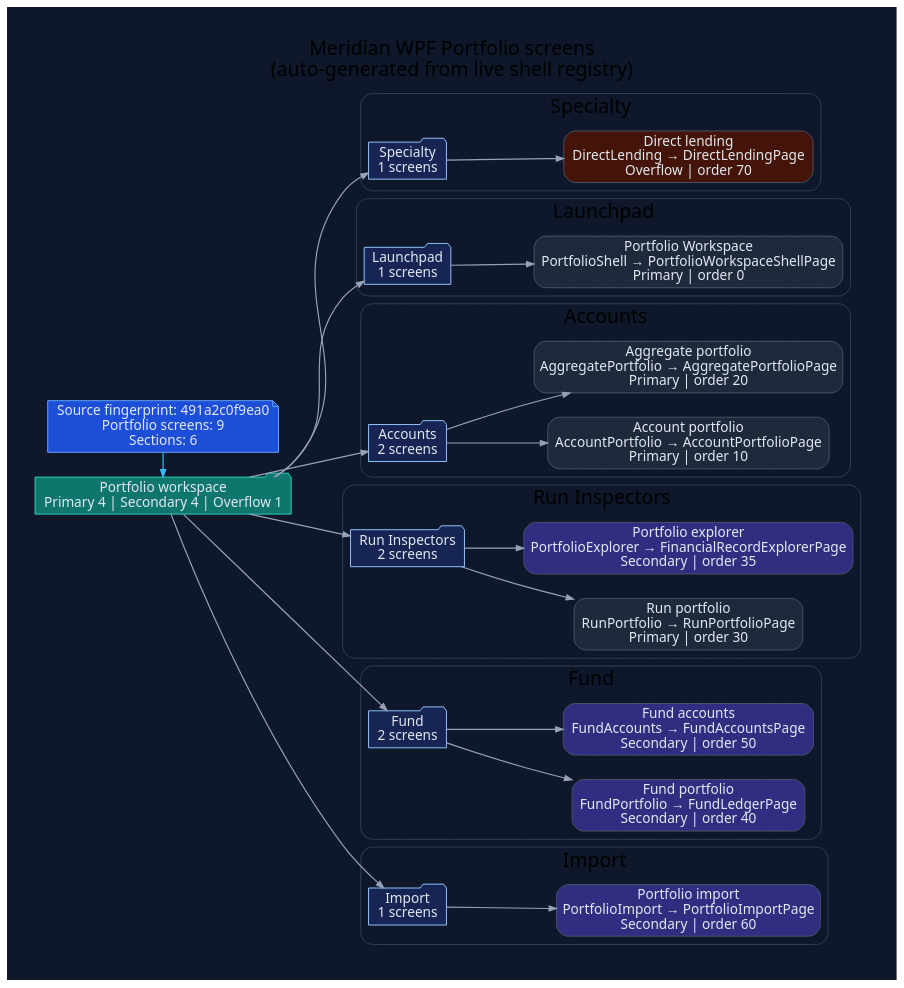
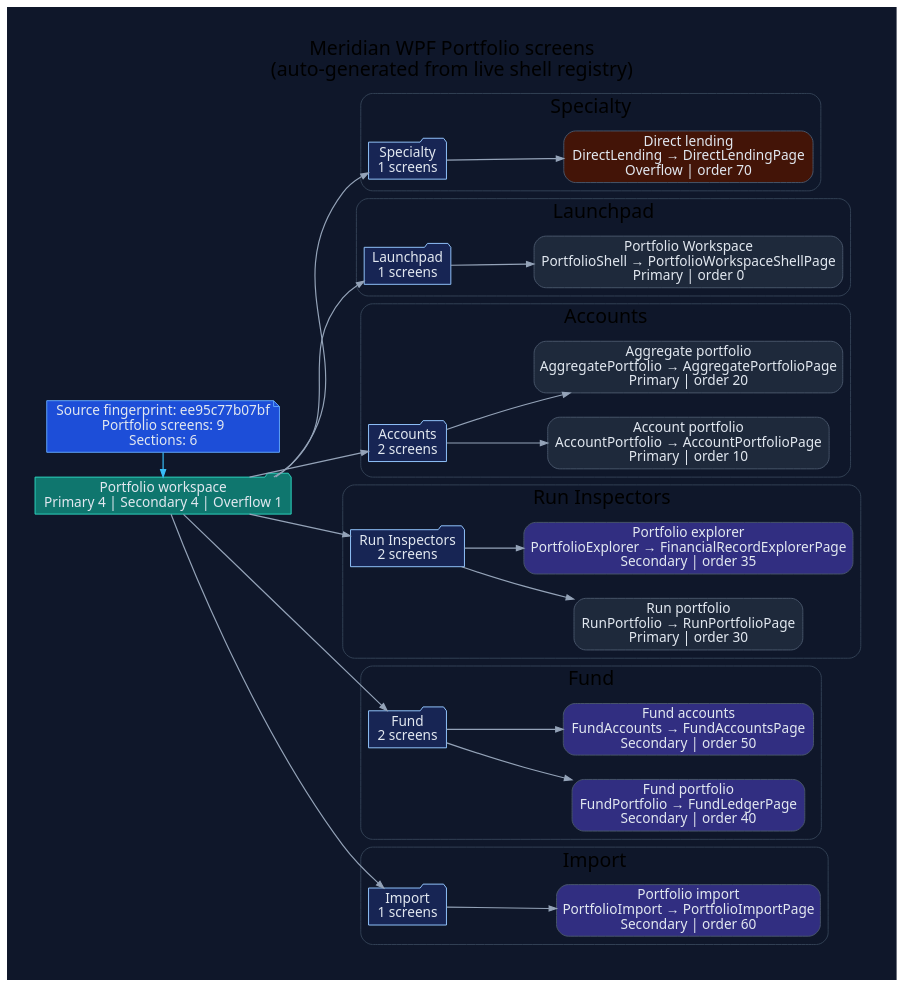
The diagram in docs/diagrams/ui-wpf-screens-portfolio.dot (rodoHasArrived/Meridian-main), drawn with Graphviz before and after one commit. The commit also changed 21 other files, not shown here.

Commit message:
Refresh WPF diagrams for OAuth startup changes

```diff
--- a/docs/diagrams/ui-wpf-screens-portfolio.dot
+++ b/docs/diagrams/ui-wpf-screens-portfolio.dot
@@ -1,92 +1,92 @@
 // -----------------------------------------------------------------------------
 // <auto-generated>
 // Generated by scripts/generate-diagrams.mjs.
 // Do not edit this file directly; update the WPF source files instead.
 // -----------------------------------------------------------------------------
 digraph WpfPortfolioScreens {
   graph [
     rankdir=LR,
     labelloc=t,
     label="Meridian WPF Portfolio screens\n(auto-generated from live shell registry)",
     fontname="Segoe UI",
     fontsize=20,
     pad=0.4,
     nodesep=0.35,
     ranksep=0.85,
     bgcolor="#0f172a"
   ];
   node [fontname="Segoe UI", shape=box, style="rounded,filled", color="#475569", fontcolor="#e2e8f0", fillcolor="#1e293b"];
   edge [fontname="Segoe UI", color="#94a3b8", penwidth=1.2, arrowsize=0.75];
 
-  generated [shape=note, fillcolor="#1d4ed8", color="#60a5fa", label="Source fingerprint: 491a2c0f9ea0\nPortfolio screens: 9\nSections: 6"];
+  generated [shape=note, fillcolor="#1d4ed8", color="#60a5fa", label="Source fingerprint: ee95c77b07bf\nPortfolio screens: 9\nSections: 6"];
   workspace [shape=folder, fillcolor="#0f766e", color="#2dd4bf", label="Portfolio workspace\nPrimary 4 | Secondary 4 | Overflow 1"];
   generated -> workspace [color="#38bdf8"];
 
   subgraph cluster_section_1 {
     label="Specialty";
     color="#334155";
     style="rounded";
     section_1 [shape=folder, fillcolor="#172554", color="#93c5fd", label="Specialty\n1 screens"];
     workspace -> section_1;
     screen_DirectLending [fillcolor="#431407", label="Direct lending\nDirectLending → DirectLendingPage\nOverflow | order 70"];
     section_1 -> screen_DirectLending;
   }
 
   subgraph cluster_section_2 {
     label="Launchpad";
     color="#334155";
     style="rounded";
     section_2 [shape=folder, fillcolor="#172554", color="#93c5fd", label="Launchpad\n1 screens"];
     workspace -> section_2;
     screen_PortfolioShell [fillcolor="#1e293b", label="Portfolio Workspace\nPortfolioShell → PortfolioWorkspaceShellPage\nPrimary | order 0"];
     section_2 -> screen_PortfolioShell;
   }
 
   subgraph cluster_section_3 {
     label="Accounts";
     color="#334155";
     style="rounded";
     section_3 [shape=folder, fillcolor="#172554", color="#93c5fd", label="Accounts\n2 screens"];
     workspace -> section_3;
     screen_AccountPortfolio [fillcolor="#1e293b", label="Account portfolio\nAccountPortfolio → AccountPortfolioPage\nPrimary | order 10"];
     section_3 -> screen_AccountPortfolio;
     screen_AggregatePortfolio [fillcolor="#1e293b", label="Aggregate portfolio\nAggregatePortfolio → AggregatePortfolioPage\nPrimary | order 20"];
     section_3 -> screen_AggregatePortfolio;
   }
 
   subgraph cluster_section_4 {
     label="Run Inspectors";
     color="#334155";
     style="rounded";
     section_4 [shape=folder, fillcolor="#172554", color="#93c5fd", label="Run Inspectors\n2 screens"];
     workspace -> section_4;
     screen_RunPortfolio [fillcolor="#1e293b", label="Run portfolio\nRunPortfolio → RunPortfolioPage\nPrimary | order 30"];
     section_4 -> screen_RunPortfolio;
     screen_PortfolioExplorer [fillcolor="#312e81", label="Portfolio explorer\nPortfolioExplorer → FinancialRecordExplorerPage\nSecondary | order 35"];
     section_4 -> screen_PortfolioExplorer;
   }
 
   subgraph cluster_section_5 {
     label="Fund";
     color="#334155";
     style="rounded";
     section_5 [shape=folder, fillcolor="#172554", color="#93c5fd", label="Fund\n2 screens"];
     workspace -> section_5;
     screen_FundPortfolio [fillcolor="#312e81", label="Fund portfolio\nFundPortfolio → FundLedgerPage\nSecondary | order 40"];
     section_5 -> screen_FundPortfolio;
     screen_FundAccounts [fillcolor="#312e81", label="Fund accounts\nFundAccounts → FundAccountsPage\nSecondary | order 50"];
     section_5 -> screen_FundAccounts;
   }
 
   subgraph cluster_section_6 {
     label="Import";
     color="#334155";
     style="rounded";
     section_6 [shape=folder, fillcolor="#172554", color="#93c5fd", label="Import\n1 screens"];
     workspace -> section_6;
     screen_PortfolioImport [fillcolor="#312e81", label="Portfolio import\nPortfolioImport → PortfolioImportPage\nSecondary | order 60"];
     section_6 -> screen_PortfolioImport;
   }
 
   { rank=min; generated; workspace; }
 }
```
